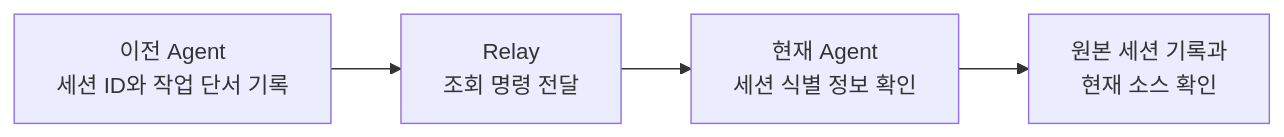
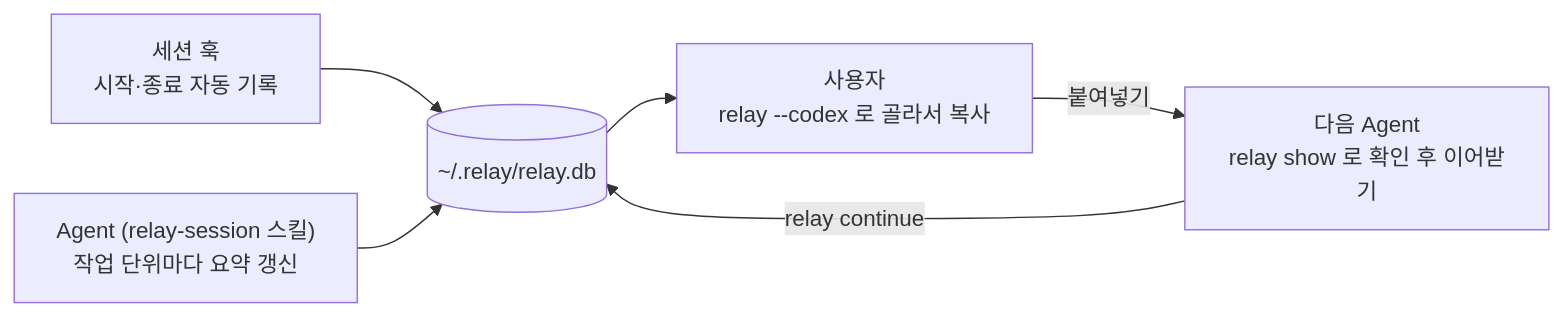
Before and after one commit to ChanuuDev/relay: the diagram in README.md, drawn with Mermaid. The commit also changed other lines of this file, not shown here.

````diff
--- a/README.md
+++ b/README.md
@@ -7,6 +57,8 @@
 ```mermaid
 flowchart LR
-    A["이전 Agent<br/>세션 ID와 작업 단서 기록"] --> B["Relay<br/>조회 명령 전달"]
-    B --> C["현재 Agent<br/>세션 식별 정보 확인"]
-    C --> D["원본 세션 기록과<br/>현재 소스 확인"]
+    H["세션 훅<br/>시작·종료 자동 기록"] --> DB[("~/.relay/relay.db")]
+    A["Agent (relay-session 스킬)<br/>작업 단위마다 요약 갱신"] --> DB
+    DB --> U["사용자<br/>relay --codex 로 골라서 복사"]
+    U -->|"붙여넣기"| B["다음 Agent<br/>relay show 로 확인 후 이어받기"]
+    B -->|"relay continue"| DB
 ```
````
